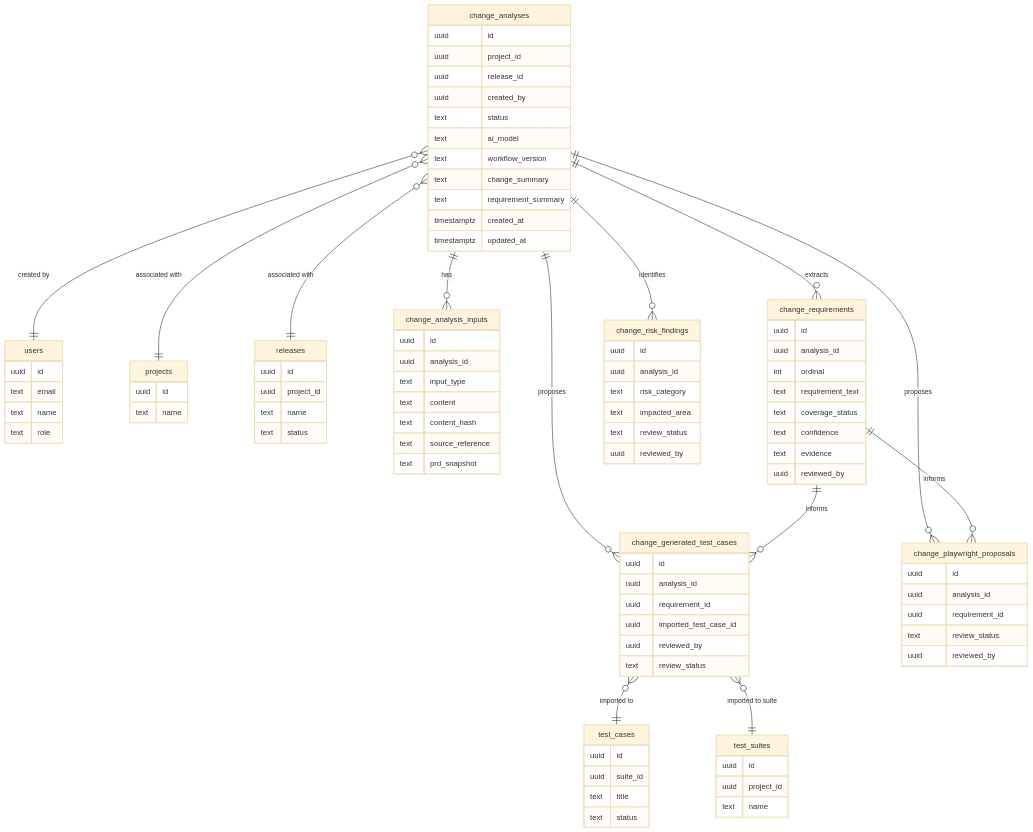
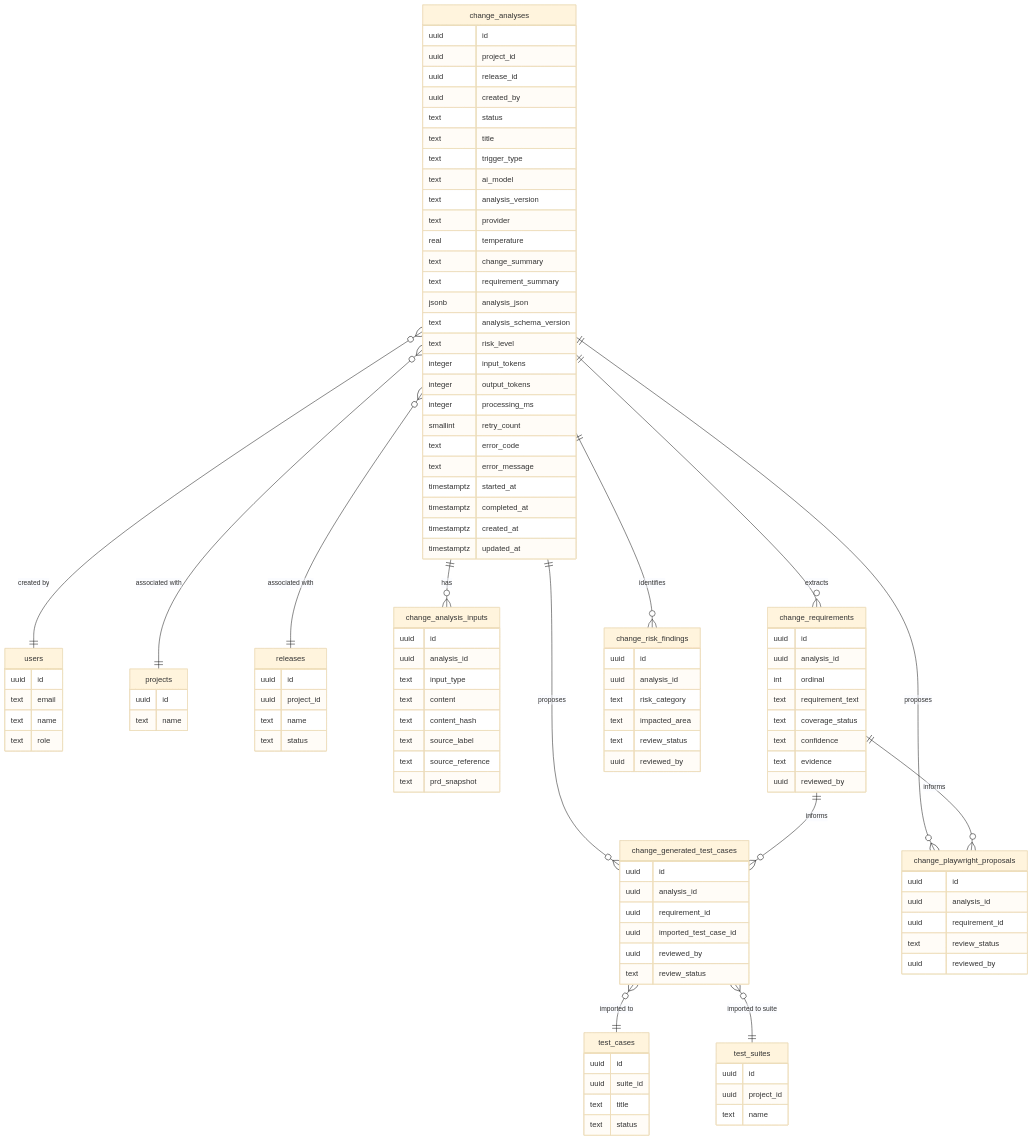
The diagram in product/features/0001-change-intelligence/data-model.md (yanx10/qa-center-blueprint), drawn with Mermaid (base theme) before and after one commit. The commit also changed other lines of this file and 10 other files, not shown here.

```diff
--- a/product/features/0001-change-intelligence/data-model.md
+++ b/product/features/0001-change-intelligence/data-model.md
@@ -231,10 +264,25 @@
         uuid release_id
         uuid created_by
         text status
+        text title
+        text trigger_type
         text ai_model
-        text workflow_version
+        text analysis_version
+        text provider
+        real temperature
         text change_summary
         text requirement_summary
+        jsonb analysis_json
+        text analysis_schema_version
+        text risk_level
+        integer input_tokens
+        integer output_tokens
+        integer processing_ms
+        smallint retry_count
+        text error_code
+        text error_message
+        timestamptz started_at
+        timestamptz completed_at
         timestamptz created_at
         timestamptz updated_at
     }
@@ -244,6 +292,7 @@
         text input_type
         text content
         text content_hash
+        text source_label
         text source_reference
         text prd_snapshot
     }
```
